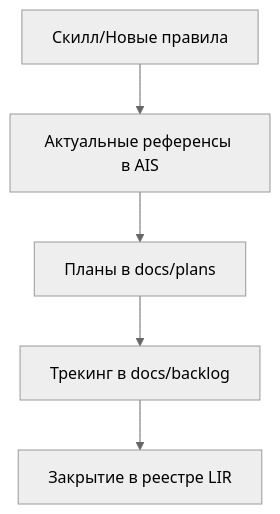
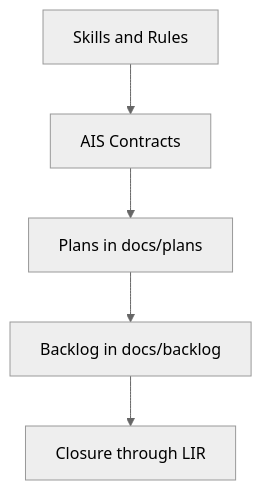
One commit to aoponomarev/mmb changed the diagram in docs/ais/ais-docs-governance.md. Above: the diagram before and after it, drawn with Mermaid (neutral theme). The commit also changed other lines of this file and 107 other files, not shown here.

````diff
--- a/docs/ais/ais-docs-governance.md
+++ b/docs/ais/ais-docs-governance.md
@@ -21,7 +21,7 @@
 ```mermaid
 graph TD
-  A[Скилл/Новые правила] --> B[Актуальные референсы в AIS]
-  B --> C[Планы в docs/plans]
-  C --> D[Трекинг в docs/backlog]
-  D --> E[Закрытие в реестре LIR]
+  A[Skills and Rules] --> B[AIS Contracts]
+  B --> C[Plans in docs/plans]
+  C --> D[Backlog in docs/backlog]
+  D --> E[Closure through LIR]
 ```
````
